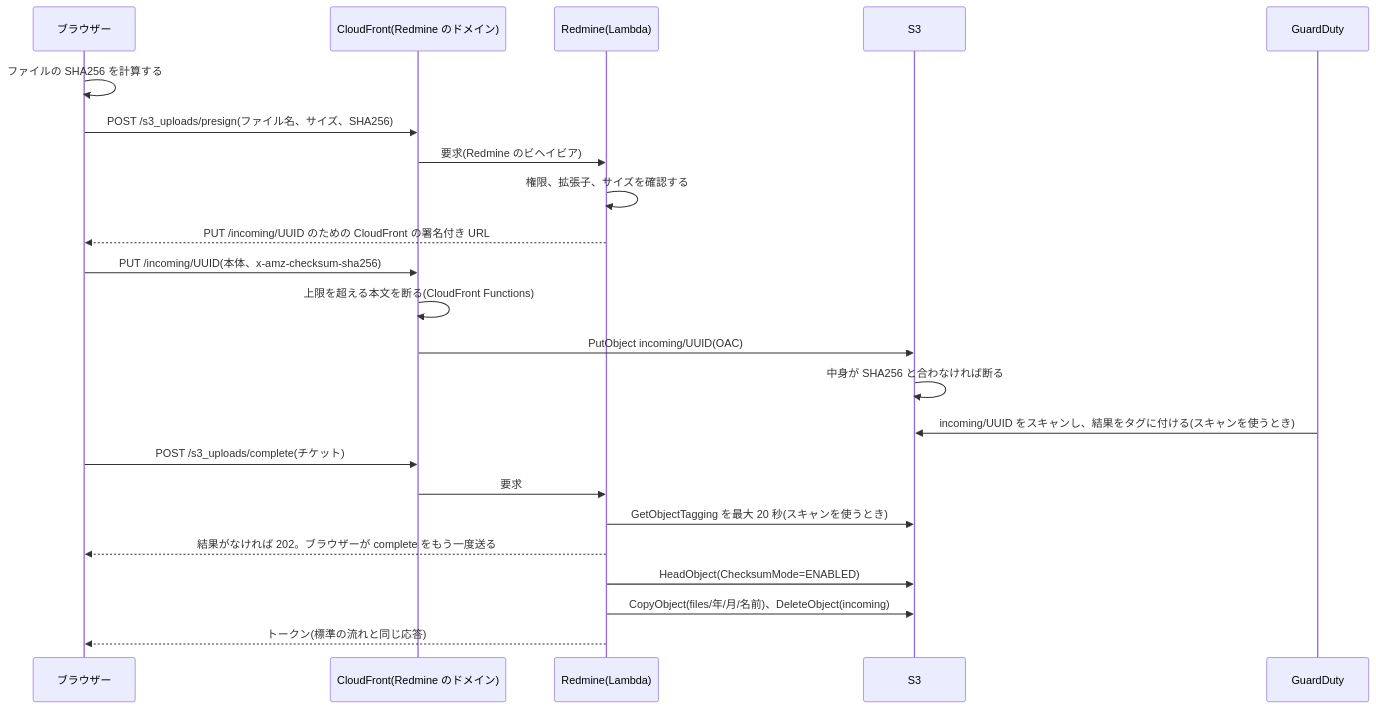
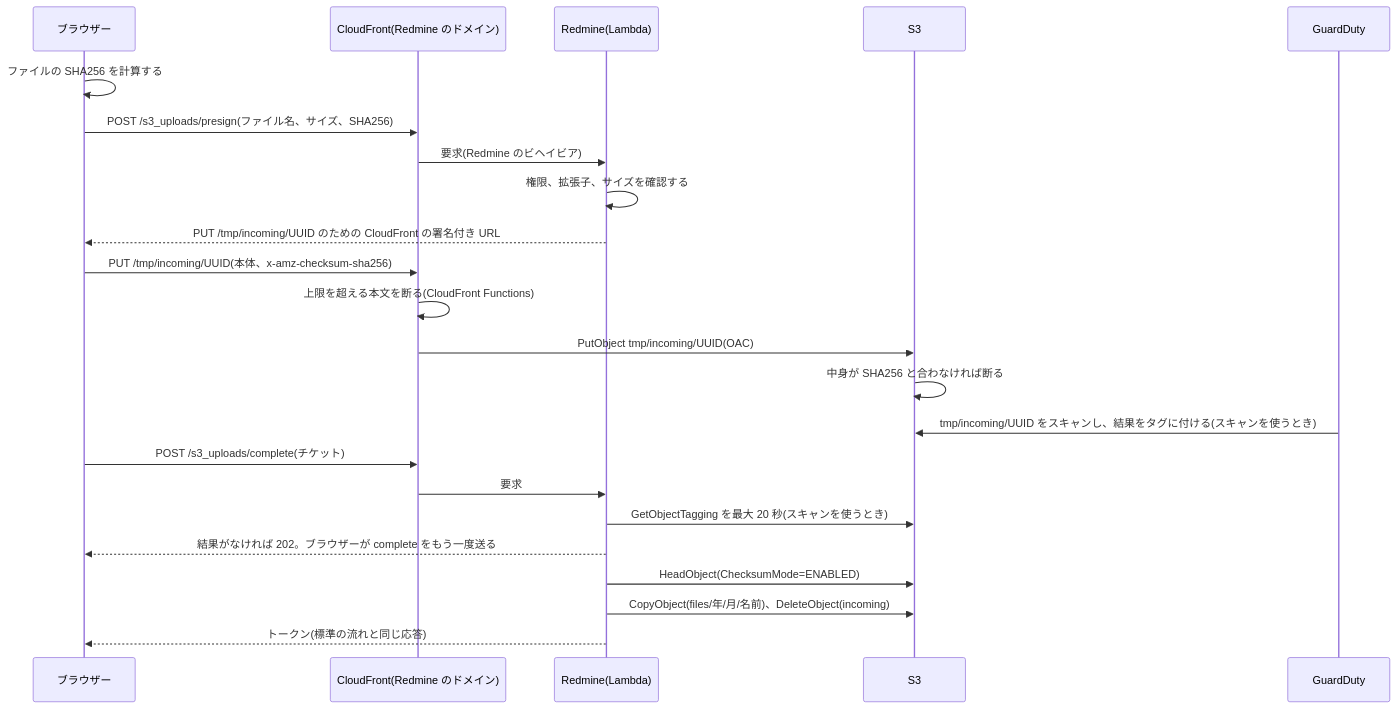
The first of 3 diagrams in docs/ja/attachments.md (redmine-kit/redmine_aws_s3), drawn with Mermaid before and after one commit. The commit also changed other lines of this file and 7 other files, not shown here.

````diff
--- a/docs/ja/attachments.md
+++ b/docs/ja/attachments.md
@@ -84,25 +90,25 @@
 ```mermaid
 sequenceDiagram
   participant B as ブラウザー
   participant C as CloudFront(Redmine のドメイン)
   participant R as Redmine(Lambda)
   participant S as S3
   participant G as GuardDuty
   B->>B: ファイルの SHA256 を計算する
   B->>C: POST /s3_uploads/presign(ファイル名、サイズ、SHA256)
   C->>R: 要求(Redmine のビヘイビア)
   R->>R: 権限、拡張子、サイズを確認する
-  R-->>B: PUT /incoming/UUID のための CloudFront の署名付き URL
-  B->>C: PUT /incoming/UUID(本体、x-amz-checksum-sha256)
+  R-->>B: PUT /tmp/incoming/UUID のための CloudFront の署名付き URL
+  B->>C: PUT /tmp/incoming/UUID(本体、x-amz-checksum-sha256)
   C->>C: 上限を超える本文を断る(CloudFront Functions)
-  C->>S: PutObject incoming/UUID(OAC)
+  C->>S: PutObject tmp/incoming/UUID(OAC)
   S->>S: 中身が SHA256 と合わなければ断る
-  G->>S: incoming/UUID をスキャンし、結果をタグに付ける(スキャンを使うとき)
+  G->>S: tmp/incoming/UUID をスキャンし、結果をタグに付ける(スキャンを使うとき)
   B->>C: POST /s3_uploads/complete(チケット)
   C->>R: 要求
   R->>S: GetObjectTagging を最大 20 秒(スキャンを使うとき)
   R-->>B: 結果がなければ 202。ブラウザーが complete をもう一度送る
   R->>S: HeadObject(ChecksumMode=ENABLED)
   R->>S: CopyObject(files/年/月/名前)、DeleteObject(incoming)
   R-->>B: トークン(標準の流れと同じ応答)
 ```
````
